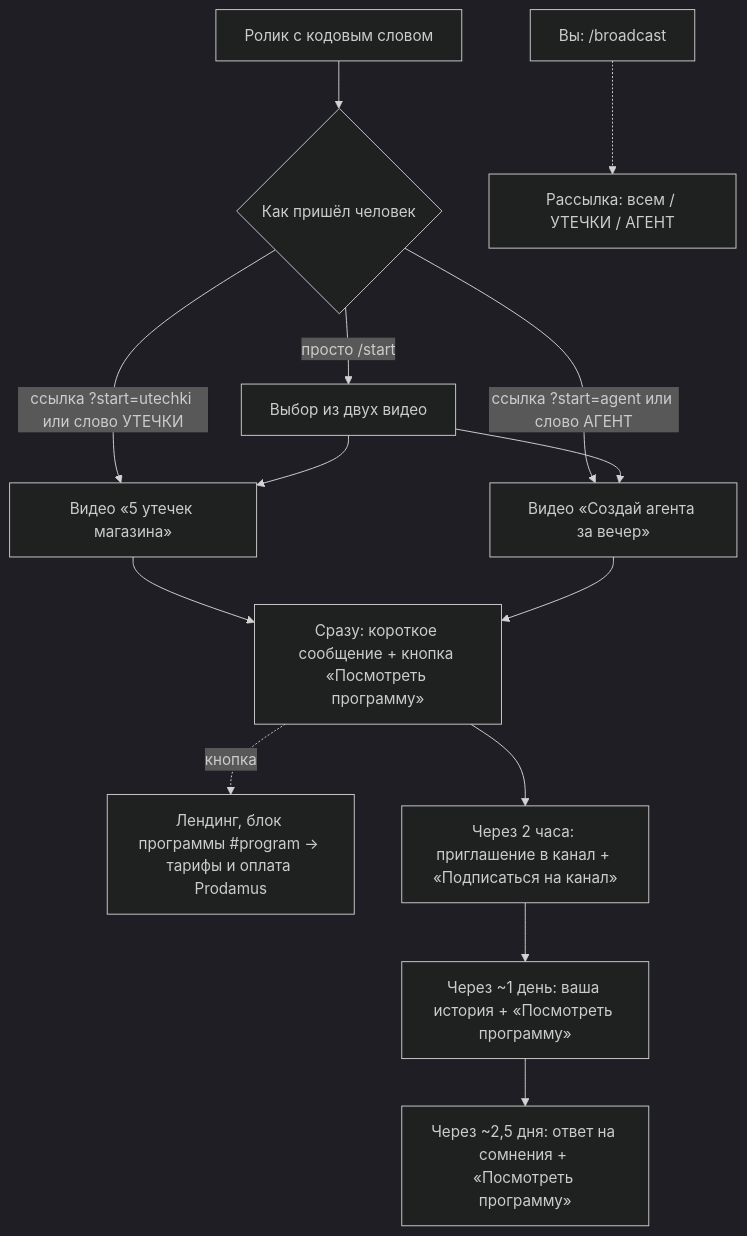
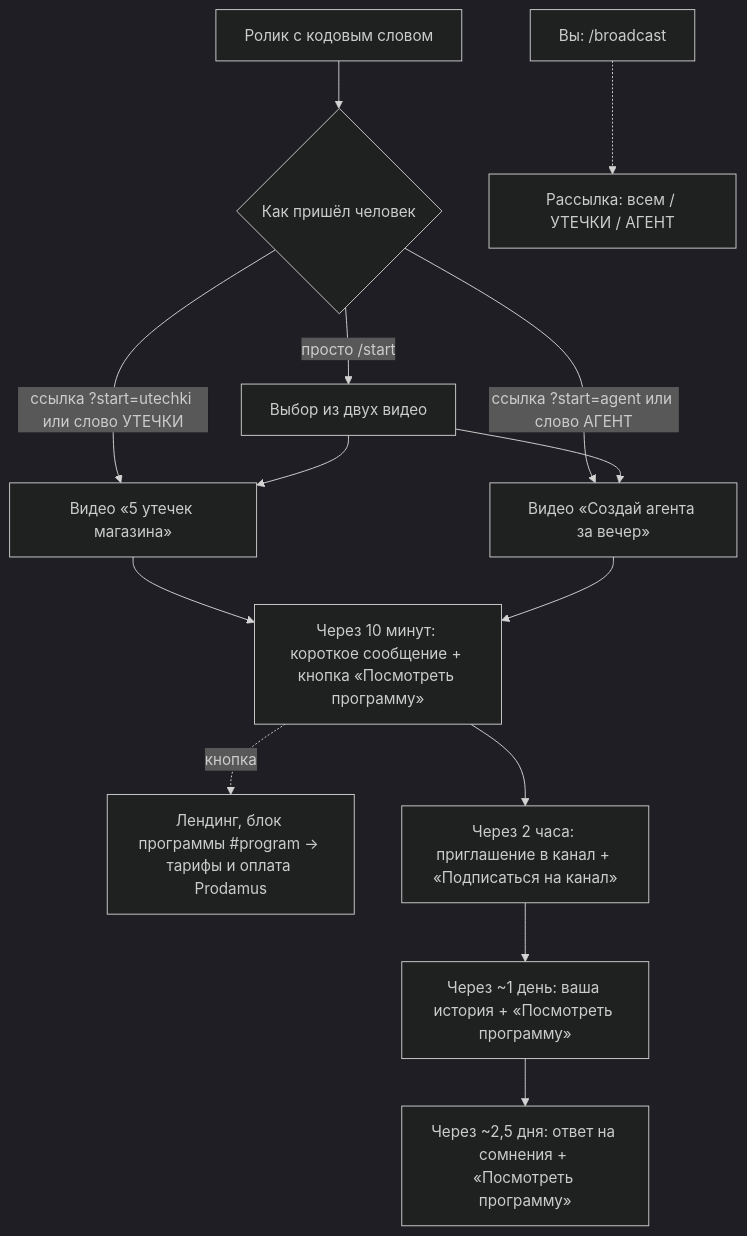
The diagram in README.md (sobgroup16-alt/seller-bot), drawn with Mermaid (dark theme) before and after one commit. The commit also changed other lines of this file and 9 other files, not shown here.

````diff
--- a/README.md
+++ b/README.md
@@ -24,14 +24,14 @@
 ```mermaid
 flowchart TD
     A[Ролик с кодовым словом] --> B{Как пришёл человек}
     B -->|ссылка ?start=utechki или слово УТЕЧКИ| U[Видео «5 утечек магазина»]
     B -->|ссылка ?start=agent или слово АГЕНТ| G[Видео «Создай агента за вечер»]
     B -->|просто /start| C[Выбор из двух видео] --> U & G
-    U --> O[Сразу: короткое сообщение + кнопка «Посмотреть программу»]
+    U --> O[Через 10 минут: короткое сообщение + кнопка «Посмотреть программу»]
     G --> O
     O -.->|кнопка| L[Лендинг, блок программы #program → тарифы и оплата Prodamus]
     O --> CH[Через 2 часа: приглашение в канал + «Подписаться на канал»]
     CH --> W1[Через ~1 день: ваша история + «Посмотреть программу»]
     W1 --> W2[Через ~2,5 дня: ответ на сомнения + «Посмотреть программу»]
     R[Вы: /broadcast] -.-> ALL[Рассылка: всем / УТЕЧКИ / АГЕНТ]
 ```
````
